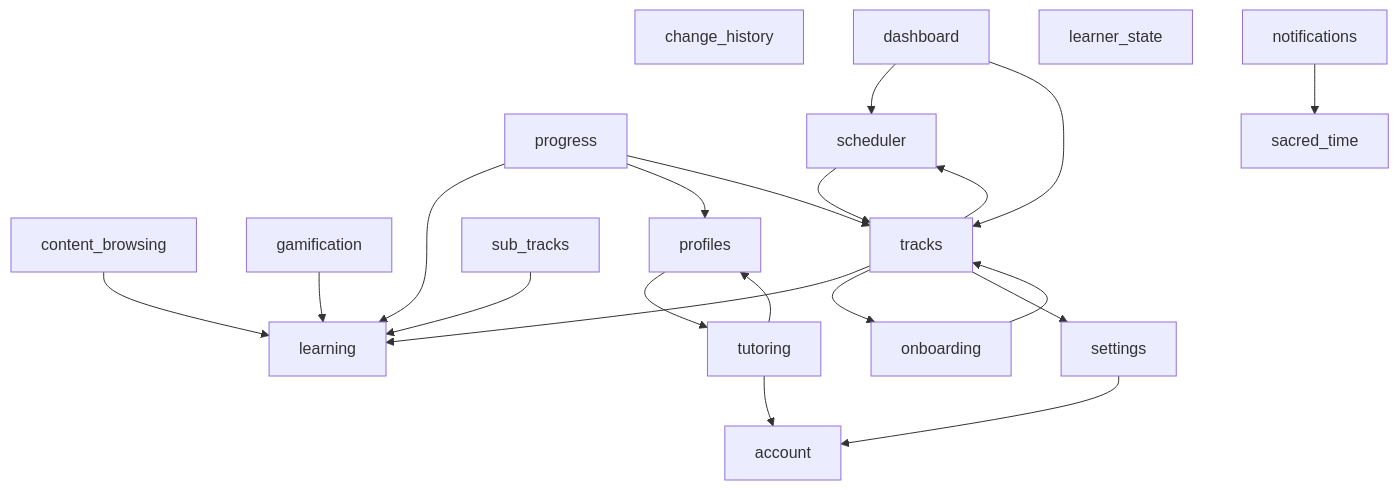
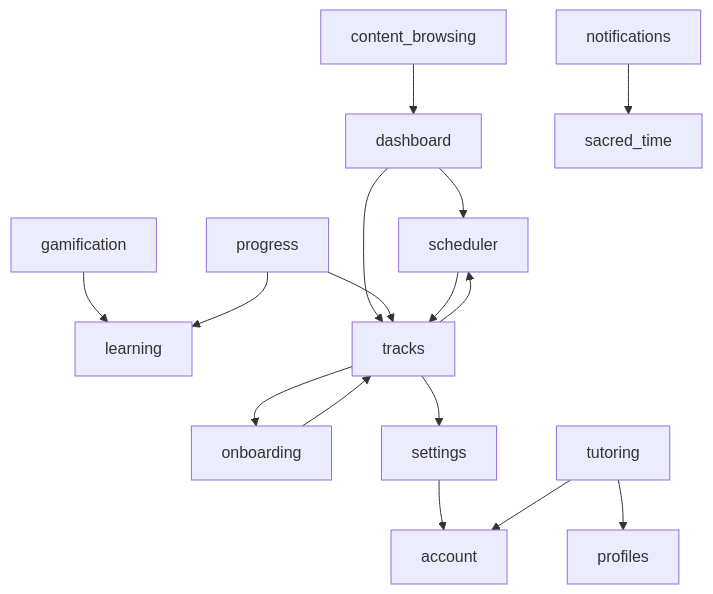
One commit to dniasoff/learning-tracker changed the second of 4 diagrams in docs/architecture.md. Above: the diagram before and after it, drawn with Mermaid. The commit also changed 463 other files, not shown here.

Commit message:
revert(sub-tracks): back out unvalidated DNI-498/499/502/505 batch

````diff
--- a/docs/architecture.md
+++ b/docs/architecture.md
@@ -240,40 +240,33 @@
 ```mermaid
 graph TD
     account["account"]
-    change_history["change_history"]
     content_browsing["content_browsing"]
     dashboard["dashboard"]
     gamification["gamification"]
-    learner_state["learner_state"]
     learning["learning"]
     notifications["notifications"]
     onboarding["onboarding"]
     profiles["profiles"]
     progress["progress"]
     sacred_time["sacred_time"]
     scheduler["scheduler"]
     settings["settings"]
-    sub_tracks["sub_tracks"]
     tracks["tracks"]
     tutoring["tutoring"]
 
-    content_browsing --> learning
+    content_browsing --> dashboard
     dashboard --> scheduler
     dashboard --> tracks
     gamification --> learning
     notifications --> sacred_time
     onboarding --> tracks
-    profiles --> tutoring
     progress --> learning
-    progress --> profiles
     progress --> tracks
     scheduler --> tracks
     settings --> account
-    tracks --> learning
-    sub_tracks --> learning
     tracks --> onboarding
     tracks --> scheduler
     tracks --> settings
     tutoring --> account
     tutoring --> profiles
 ```
````
